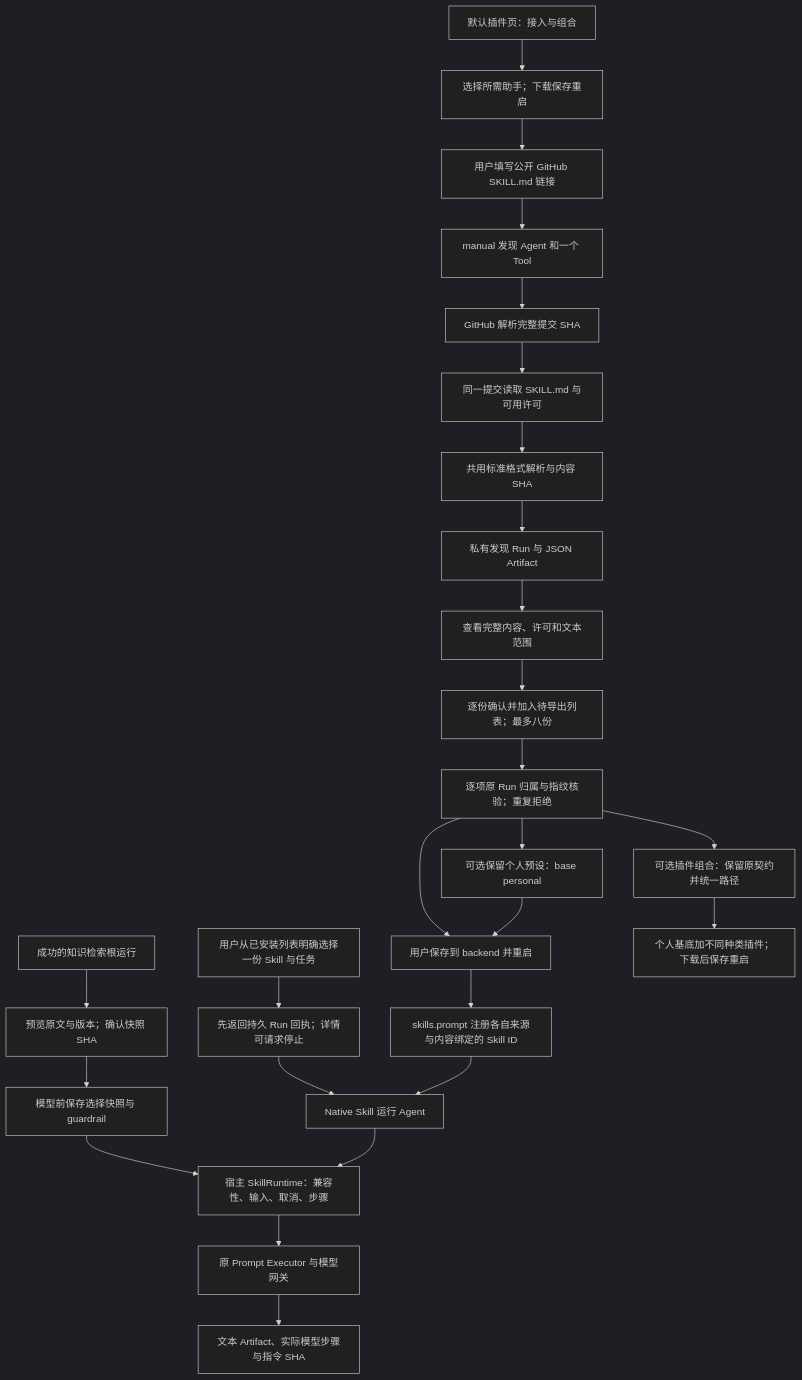
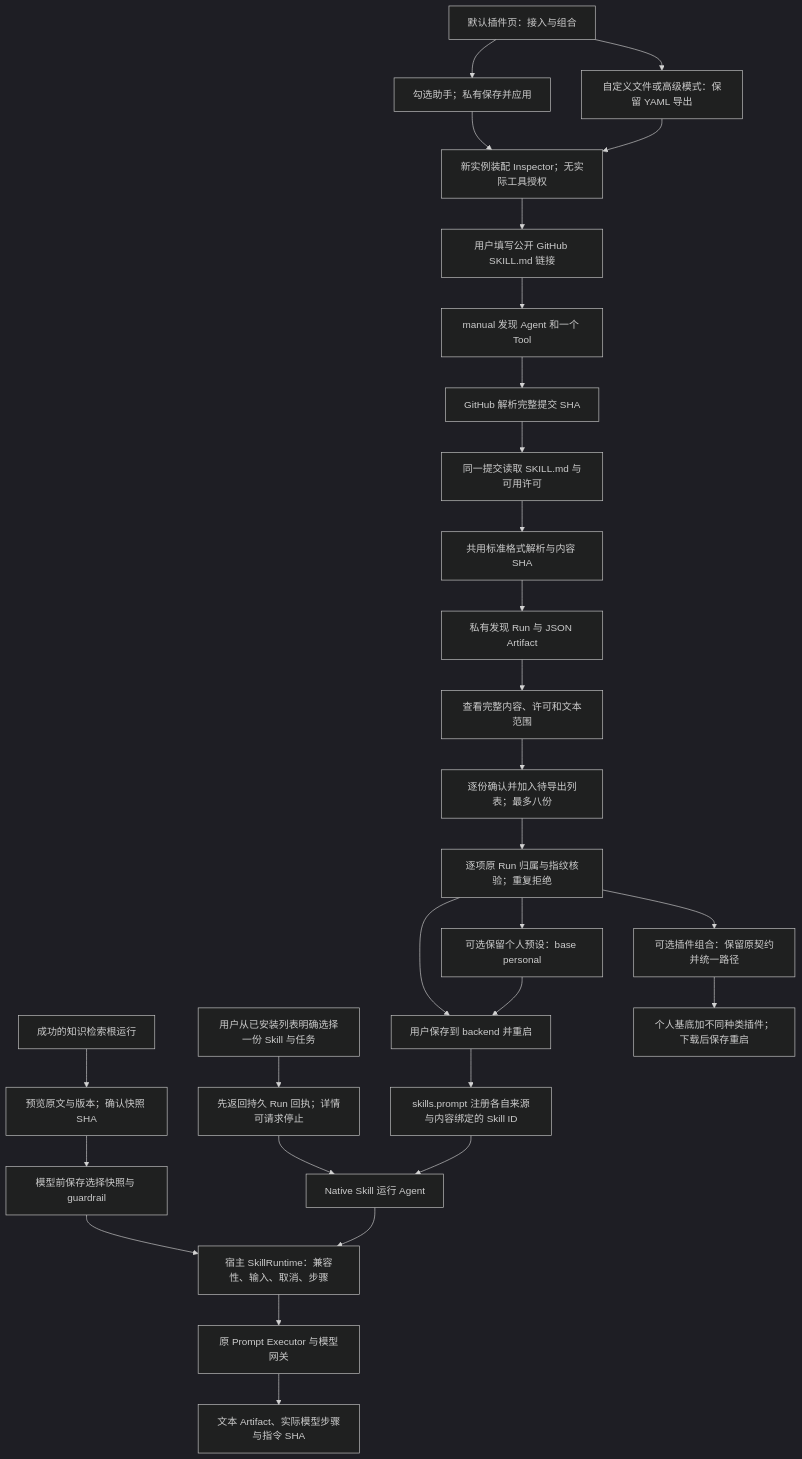
The diagram in backend/src/connectors/skill-workbench/FEATURE.md (KlayPeter/AI-Delivery-Ops-Agent), drawn with Mermaid (dark theme) before and after one commit. The commit also changed other lines of this file and 27 other files, not shown here.

````diff
--- a/backend/src/connectors/skill-workbench/FEATURE.md
+++ b/backend/src/connectors/skill-workbench/FEATURE.md
@@ -21,28 +21,31 @@
 ```mermaid
 flowchart TD
     URL[用户填写公开 GitHub SKILL.md 链接] --> N[manual 发现 Agent 和一个 Tool]
     N --> SHA[GitHub 解析完整提交 SHA]
     SHA --> RAW[同一提交读取 SKILL.md 与可用许可]
     RAW --> FORMAT[共用标准格式解析与内容 SHA]
     FORMAT --> ART[私有发现 Run 与 JSON Artifact]
     ART --> REVIEW[查看完整内容、许可和文本范围]
     REVIEW --> SELECT[逐份确认并加入待导出列表；最多八份]
     SELECT --> EXPORT[逐项原 Run 归属与指纹核验；重复拒绝]
     EXPORT --> LOCAL[用户保存到 backend 并重启]
     LOCAL --> P[skills.prompt 注册各自来源与内容绑定的 Skill ID]
     EXPORT --> BASE[可选保留个人预设：base personal]
     BASE --> LOCAL
     KNOW[成功的知识检索根运行] --> PREVIEW[预览原文与版本；确认快照 SHA]
     PREVIEW --> SAVE[模型前保存选择快照与 guardrail]
     SAVE --> SK
     TASK[用户从已安装列表明确选择一份 Skill 与任务] --> ACK[先返回持久 Run 回执；详情可请求停止]
     ACK --> RUN[Native Skill 运行 Agent]
     P --> RUN
     RUN --> SK[宿主 SkillRuntime：兼容性、输入、取消、步骤]
     SK --> MODEL[原 Prompt Executor 与模型网关]
     MODEL --> RESULT[文本 Artifact、实际模型步骤与指令 SHA]
     EXPORT --> PC[可选插件组合：保留原契约并统一路径]
     PC --> PERSONAL_COMBO[个人基底加不同种类插件；下载后保存重启]
-    DEFAULT_UI[默认插件页：接入与组合] --> SETUP_YAML[选择所需助手；下载保存重启]
+    DEFAULT_UI[默认插件页：接入与组合] --> SETUP_PREF[勾选助手；私有保存并应用]
+    SETUP_PREF --> SETUP_YAML[新实例装配 Inspector；无实际工具授权]
+    DEFAULT_UI --> SETUP_EXPORT[自定义文件或高级模式：保留 YAML 导出]
+    SETUP_EXPORT --> SETUP_YAML
     SETUP_YAML --> URL
 ```
````
